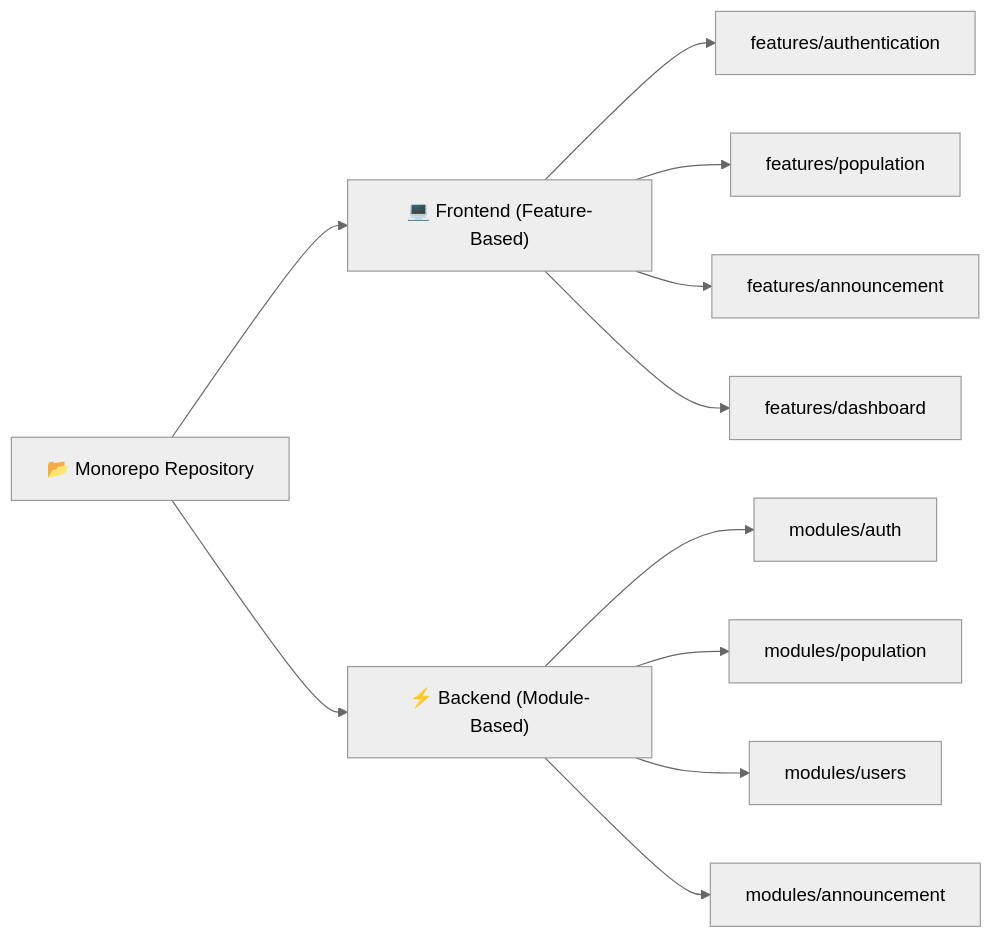
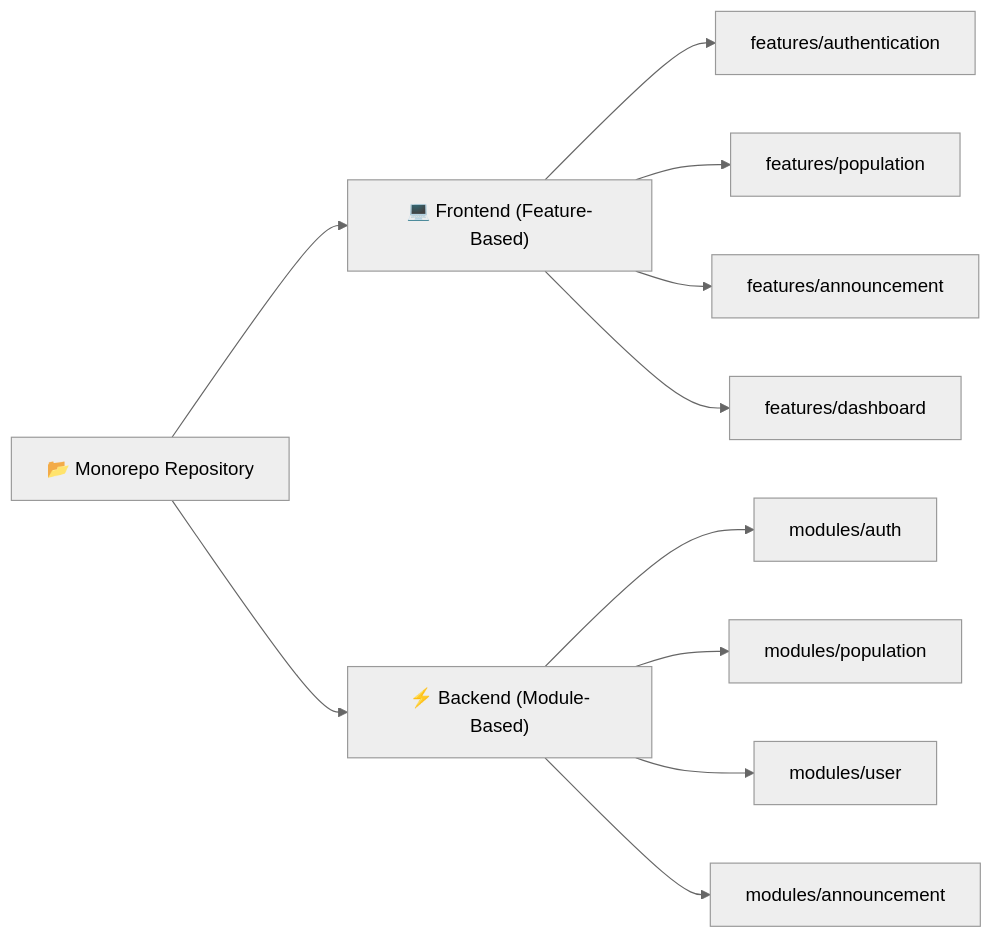
The second of 3 diagrams in docs/architecture.md (FakhriF/civic-os), drawn with Mermaid (neutral theme) before and after one commit. The commit also changed 4 other files, not shown here.

````diff
--- a/docs/architecture.md
+++ b/docs/architecture.md
@@ -53,17 +53,17 @@
 ```mermaid
 flowchart LR
     Monorepo["📂 Monorepo Repository"]
     
     Monorepo --> Frontend["💻 Frontend (Feature-Based)"]
     Monorepo --> Backend["⚡ Backend (Module-Based)"]
 
     Frontend --> F1["features/authentication"]
     Frontend --> F2["features/population"]
     Frontend --> F3["features/announcement"]
     Frontend --> F4["features/dashboard"]
 
     Backend --> B1["modules/auth"]
     Backend --> B2["modules/population"]
-    Backend --> B3["modules/users"]
+    Backend --> B3["modules/user"]
     Backend --> B4["modules/announcement"]
 ```
````
